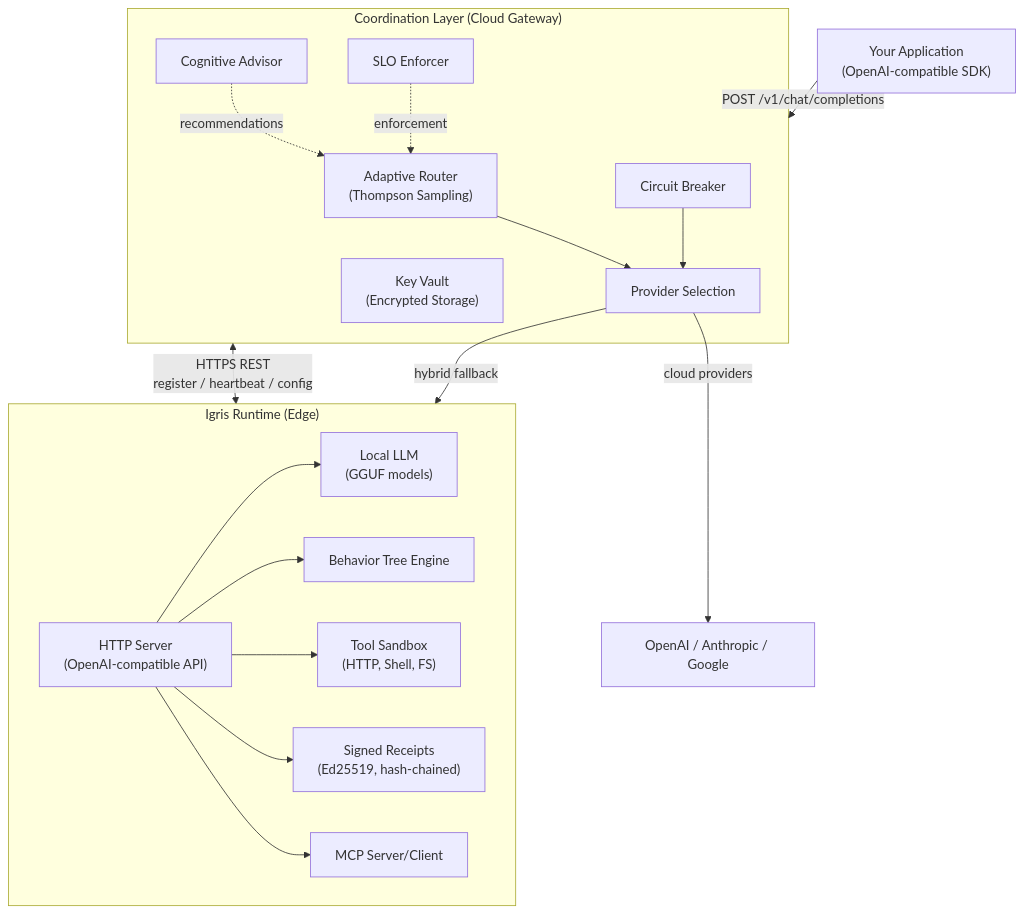
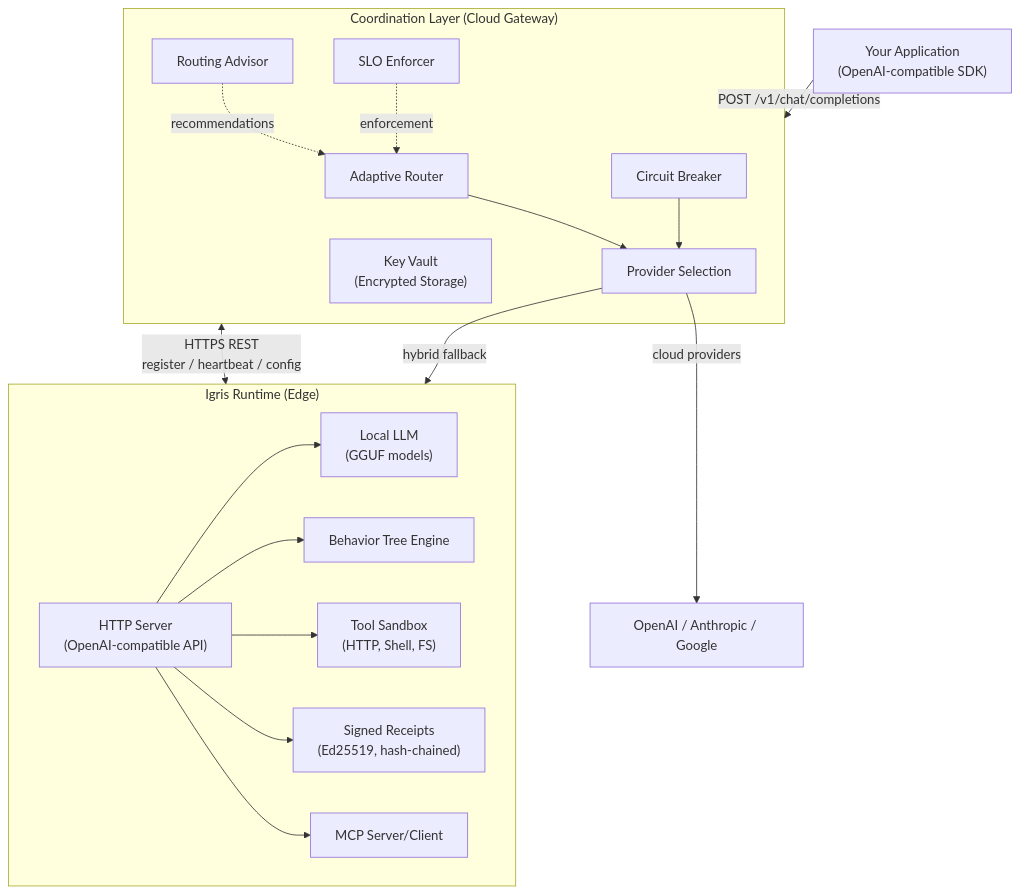
The diagram in web/apps/web-docs-hub/docs/architecture.mdx (rapture-fx/igris), drawn with Mermaid before and after one commit. The commit also changed other lines of this file, not shown here.

````diff
--- a/web/apps/web-docs-hub/docs/architecture.mdx
+++ b/web/apps/web-docs-hub/docs/architecture.mdx
@@ -9,37 +9,37 @@
 ```mermaid
 graph TD
     App["Your Application\n(OpenAI-compatible SDK)"]
     App -->|"POST /v1/chat/completions"| Coordination
 
     subgraph Coordination["Coordination Layer (Cloud Gateway)"]
-        Router["Adaptive Router\n(Thompson Sampling)"]
+        Router["Adaptive Router"]
         CB["Circuit Breaker"]
         PS["Provider Selection"]
-        CA["Cognitive Advisor"]
+        CA["Routing Advisor"]
         SLO["SLO Enforcer"]
         Vault["Key Vault\n(Encrypted Storage)"]
         Router --> PS
         CB --> PS
         CA -.->|"recommendations"| Router
         SLO -.->|"enforcement"| Router
     end
 
     PS -->|"cloud providers"| OpenAI["OpenAI / Anthropic / Google"]
     PS -->|"hybrid fallback"| Runtime
 
     subgraph Runtime["Igris Runtime (Edge)"]
         Server["HTTP Server\n(OpenAI-compatible API)"]
         LLM["Local LLM\n(GGUF models)"]
         BT["Behavior Tree Engine"]
         Tools["Tool Sandbox\n(HTTP, Shell, FS)"]
         Receipts["Signed Receipts\n(Ed25519, hash-chained)"]
         MCP["MCP Server/Client"]
         Server --> LLM
         Server --> BT
         Server --> Tools
         Server --> Receipts
         Server --> MCP
     end
 
     Coordination <-->|"HTTPS REST\nregister / heartbeat / config"| Runtime
 ```
````
